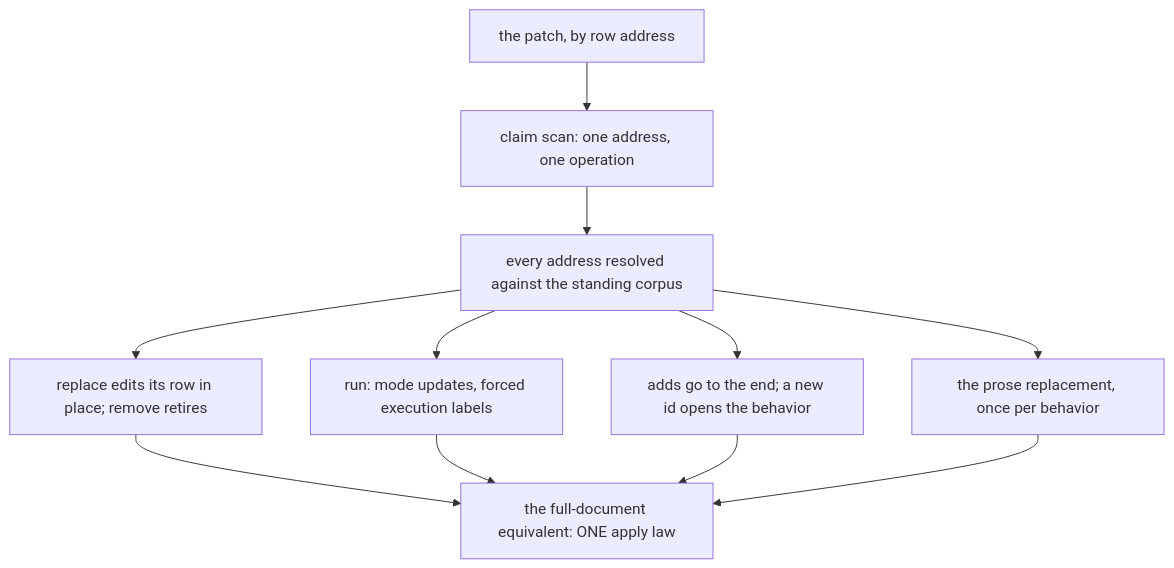
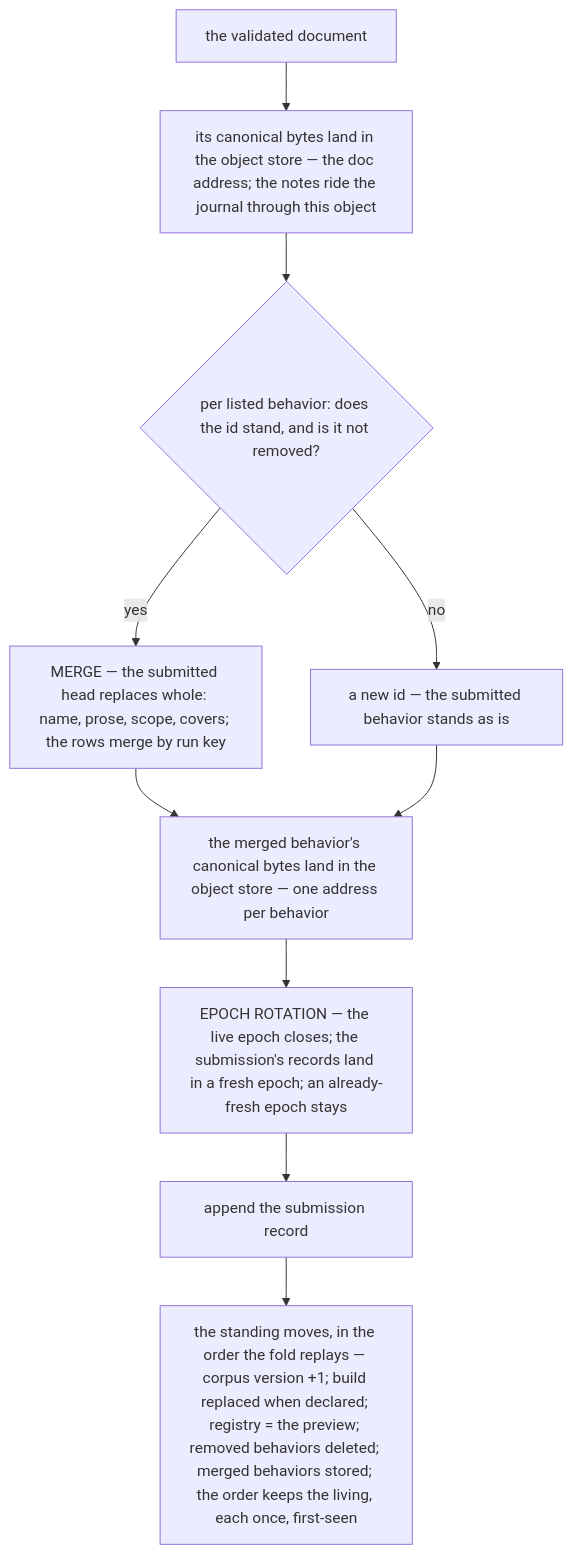
Before and after one commit to neurophant/punchtape: the fifth of 10 diagrams in docs/ARCHITECTURE.md, drawn with Mermaid. The commit also changed other lines of this file and 822 other files, not shown here.

````diff
--- a/docs/ARCHITECTURE.md
+++ b/docs/ARCHITECTURE.md
@@ -557,13 +320,12 @@
 ```mermaid
 flowchart TD
-    A["the patch, by row address"] --> B["claim scan: one address, one operation"]
-    B --> C["every address resolved against the standing corpus"]
-    C --> D["replace edits its row in place; remove retires"]
-    C --> E["run: mode updates, forced execution labels"]
-    C --> F["adds go to the end; a new id opens the behavior"]
-    C --> G["the prose replacement, once per behavior"]
-    D --> H["the full-document equivalent: ONE apply law"]
-    E --> H
-    F --> H
-    G --> H
+    D["the validated document"] --> O["its canonical bytes land in the object store — the doc address; the notes ride the journal through this object"]
+    O --> MB{"per listed behavior: does the id stand, and is it not removed?"}
+    MB -- "yes" --> MG["MERGE — the submitted head replaces whole: name, prose, scope, covers; the rows merge by run key"]
+    MB -- "no" --> NW["a new id — the submitted behavior stands as is"]
+    MG --> PO["the merged behavior's canonical bytes land in the object store — one address per behavior"]
+    NW --> PO
+    PO --> ROT["EPOCH ROTATION — the live epoch closes; the submission's records land in a fresh epoch; an already-fresh epoch stays"]
+    ROT --> AP["append the submission record"]
+    AP --> MV["the standing moves, in the order the fold replays — corpus version +1; build replaced when declared; registry = the preview; removed behaviors deleted; merged behaviors stored; the order keeps the living, each once, first-seen"]
 ```
````
